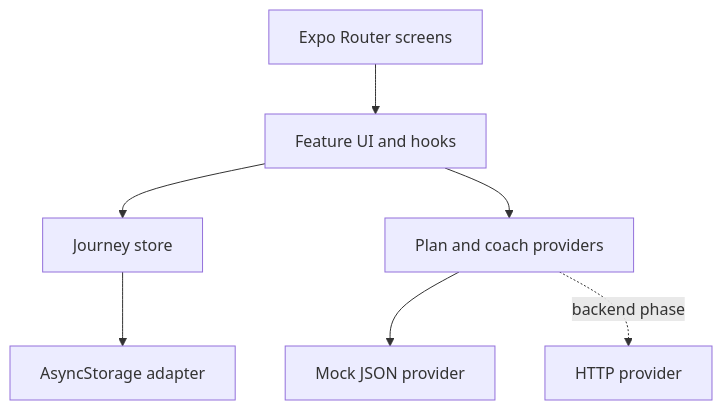
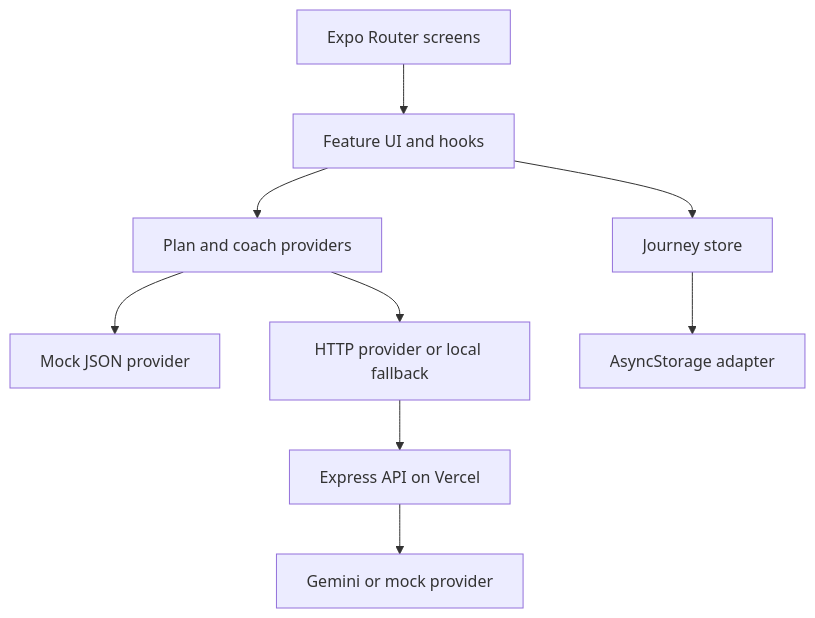
The diagram in docs/ARCHITECTURE.md (omkarborude/skillpilot-ai), drawn with Mermaid before and after one commit. The commit also changed other lines of this file and 35 other files, not shown here.

Commit message:
feat: add Vercel-ready Express learning API

````diff
--- a/docs/ARCHITECTURE.md
+++ b/docs/ARCHITECTURE.md
@@ -23,9 +23,11 @@
 ```mermaid
 flowchart TD
     R["Expo Router screens"] --> F["Feature UI and hooks"]
     F --> S["Journey store"]
     F --> P["Plan and coach providers"]
     P --> M["Mock JSON provider"]
-    P -. backend phase .-> H["HTTP provider"]
+    P --> H["HTTP provider or local fallback"]
+    H --> B["Express API on Vercel"]
+    B --> G["Gemini or mock provider"]
     S --> A["AsyncStorage adapter"]
 ```
````
